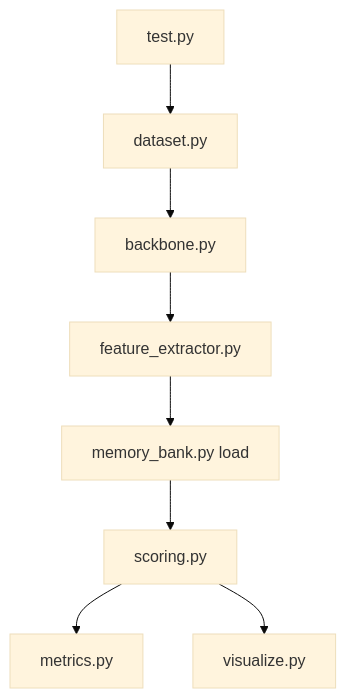
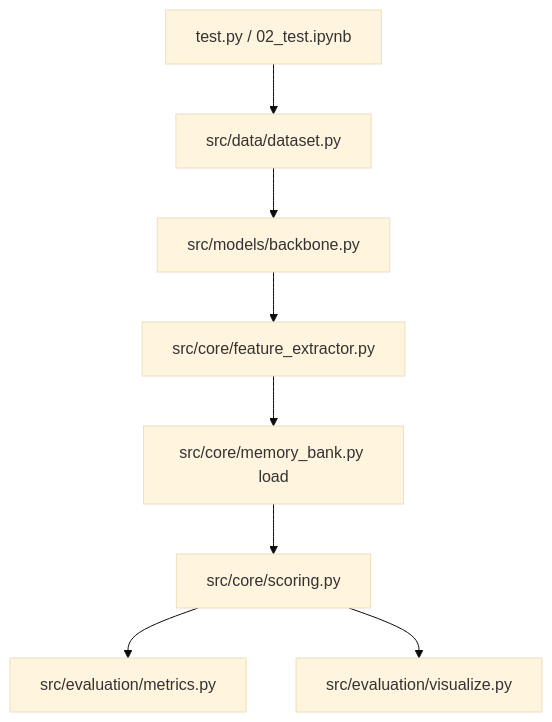
Before and after one commit to lynnch-coder/Defect_Detector: the second of 2 diagrams in README.md, drawn with Mermaid (base theme). The commit also changed other lines of this file and 23 other files, not shown here.

Commit message:
Refactor: Moved code to src/ and notebooks/ architecture and done the pathcore part but the inference is still missing and the comparaison with clip

````diff
--- a/README.md
+++ b/README.md
@@ -71,10 +104,10 @@
 ```mermaid
 graph TD
-    A[test.py] --> B[dataset.py]
-    B --> C[backbone.py]
-    C --> D[feature_extractor.py]
-    D --> E[memory_bank.py load]
-    E --> F[scoring.py]
-    F --> G[metrics.py]
-    F --> H[visualize.py]
+    A[test.py / 02_test.ipynb] --> B[src/data/dataset.py]
+    B --> C[src/models/backbone.py]
+    C --> D[src/core/feature_extractor.py]
+    D --> E[src/core/memory_bank.py load]
+    E --> F[src/core/scoring.py]
+    F --> G[src/evaluation/metrics.py]
+    F --> H[src/evaluation/visualize.py]
 ```
````
